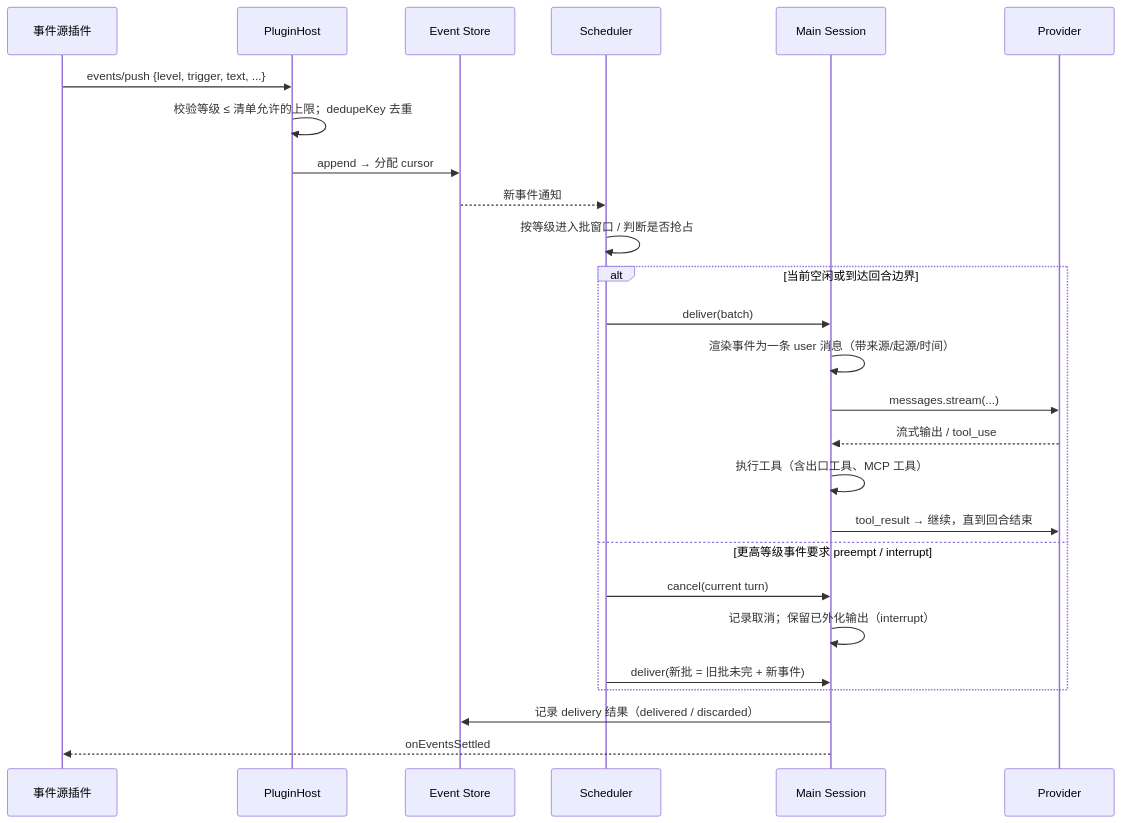
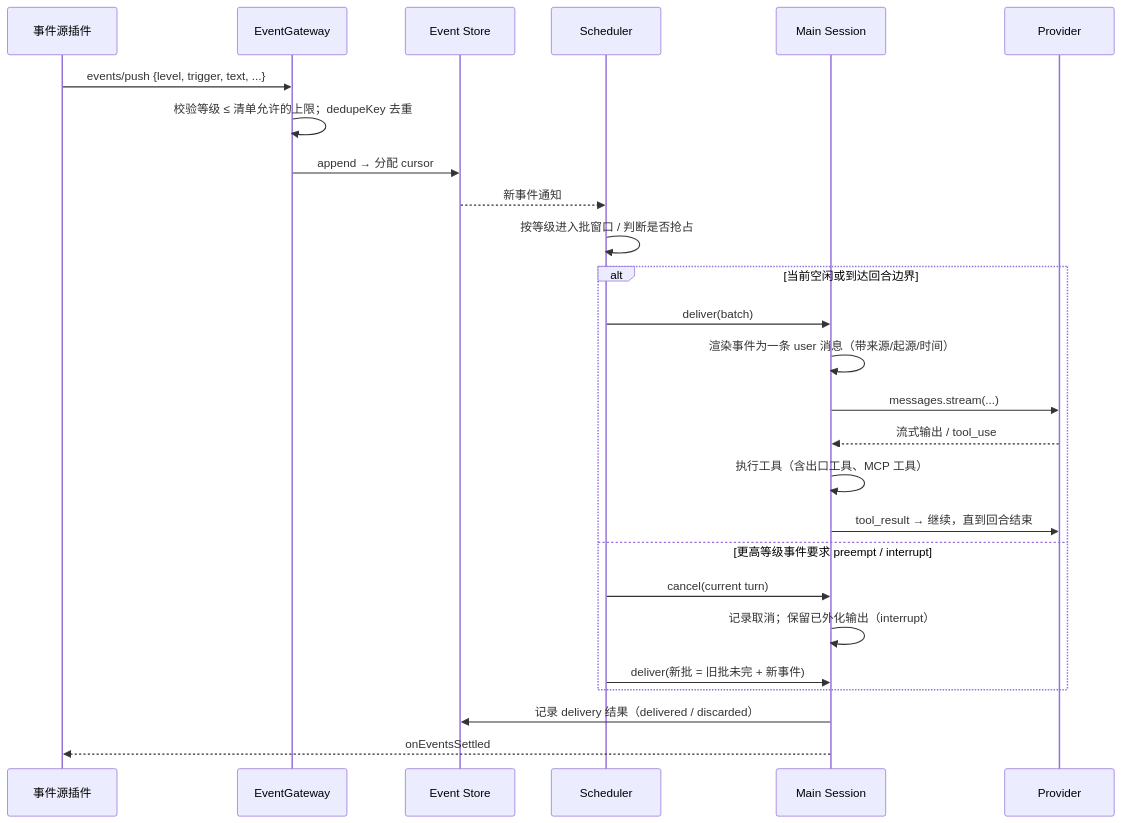
The second of 2 diagrams in docs/10-architecture/01-system-overview.md (leafliber/Protea), drawn with Mermaid before and after one commit. The commit also changed other lines of this file and 34 other files, not shown here.

````diff
--- a/docs/10-architecture/01-system-overview.md
+++ b/docs/10-architecture/01-system-overview.md
@@ -101,29 +102,29 @@
 ```mermaid
 sequenceDiagram
   participant S as 事件源插件
-  participant H as PluginHost
+  participant H as EventGateway
   participant E as Event Store
   participant D as Scheduler
   participant M as Main Session
   participant P as Provider
 
   S->>H: events/push {level, trigger, text, ...}
   H->>H: 校验等级 ≤ 清单允许的上限；dedupeKey 去重
   H->>E: append → 分配 cursor
   E-->>D: 新事件通知
   D->>D: 按等级进入批窗口 / 判断是否抢占
   alt 当前空闲或到达回合边界
     D->>M: deliver(batch)
     M->>M: 渲染事件为一条 user 消息（带来源/起源/时间）
     M->>P: messages.stream(...)
     P-->>M: 流式输出 / tool_use
     M->>M: 执行工具（含出口工具、MCP 工具）
     M->>P: tool_result → 继续，直到回合结束
   else 更高等级事件要求 preempt / interrupt
     D->>M: cancel(current turn)
     M->>M: 记录取消；保留已外化输出（interrupt）
     D->>M: deliver(新批 = 旧批未完 + 新事件)
   end
   M->>E: 记录 delivery 结果（delivered / discarded）
   M-->>S: onEventsSettled
 ```
````
